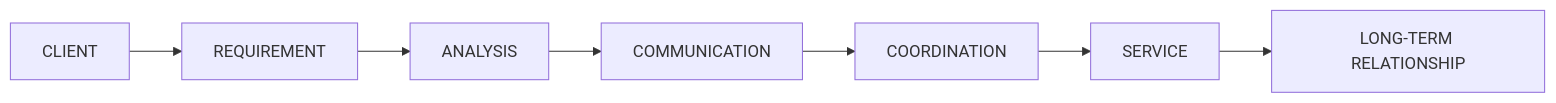
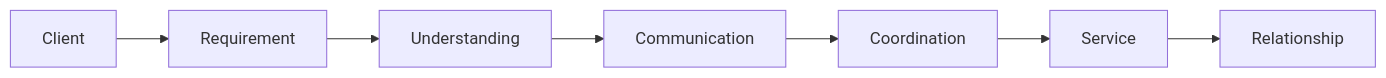
The first of 2 diagrams in README.md (TeamZelmo/TeamZelmo), drawn with Mermaid before and after one commit. The commit also changed other lines of this file, not shown here.

````diff
--- a/README.md
+++ b/README.md
@@ -49,9 +52,9 @@
-```mermaid id="7q2n8k"
+```mermaid id="x7m3qa"
 flowchart LR
-    A["CLIENT"] --> B["REQUIREMENT"]
-    B --> C["ANALYSIS"]
-    C --> D["COMMUNICATION"]
-    D --> E["COORDINATION"]
-    E --> F["SERVICE"]
-    F --> G["LONG-TERM RELATIONSHIP"]
+    A["Client"] --> B["Requirement"]
+    B --> C["Understanding"]
+    C --> D["Communication"]
+    D --> E["Coordination"]
+    E --> F["Service"]
+    F --> G["Relationship"]
 ```
````
